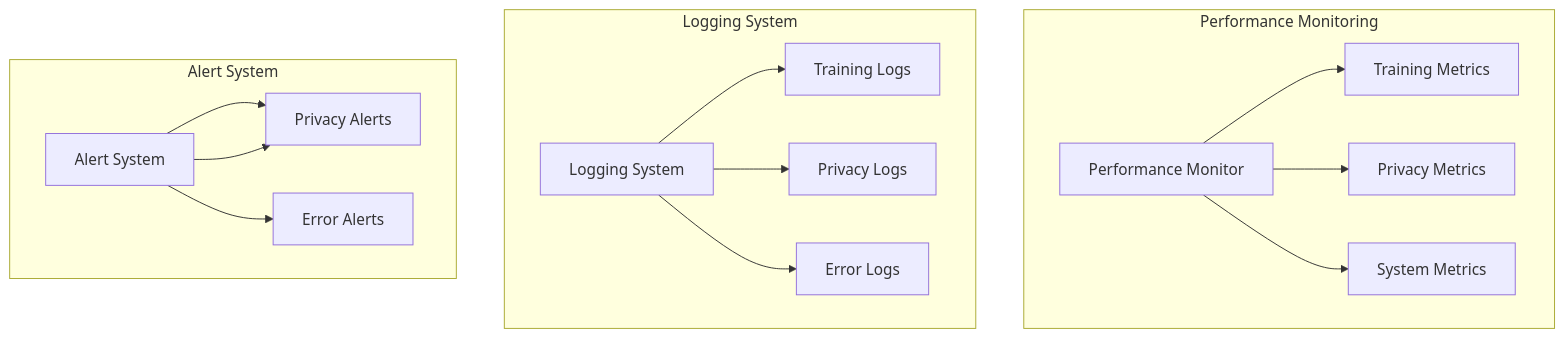
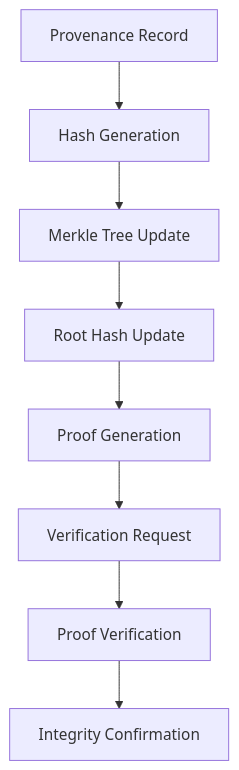
The second of 2 diagrams in ARCHITECTURE.md (gitmujoshi/mlprovenance), drawn with Mermaid before and after one commit. The commit also changed other lines of this file, not shown here.

Commit message:
docs: completely rewrite architecture document for advanced AI/ML teams

````diff
--- a/ARCHITECTURE.md
+++ b/ARCHITECTURE.md
@@ -714,20 +390,10 @@
 ```mermaid
 graph TD
-    subgraph Performance Monitoring
-        PM[Performance Monitor] --> PT[Training Metrics]
-        PM --> PP[Privacy Metrics]
-        PM --> PS[System Metrics]
-    end
-
-    subgraph Logging System
-        LS[Logging System] --> LT[Training Logs]
-        LS --> LP[Privacy Logs]
-        LS --> LE[Error Logs]
-    end
-
-    subgraph Alert System
-        AS[Alert System] --> AP[Performance Alerts]
-        AS --> AE[Error Alerts]
-        AS --> AP[Privacy Alerts]
-    end
+    A[Provenance Record] --> B[Hash Generation]
+    B --> C[Merkle Tree Update]
+    C --> D[Root Hash Update]
+    D --> E[Proof Generation]
+    E --> F[Verification Request]
+    F --> G[Proof Verification]
+    G --> H[Integrity Confirmation]
 ```
````
